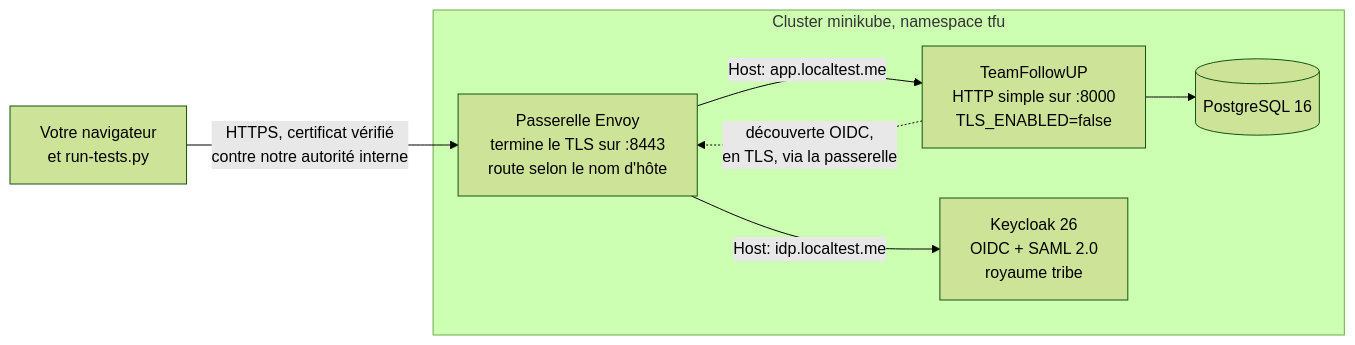
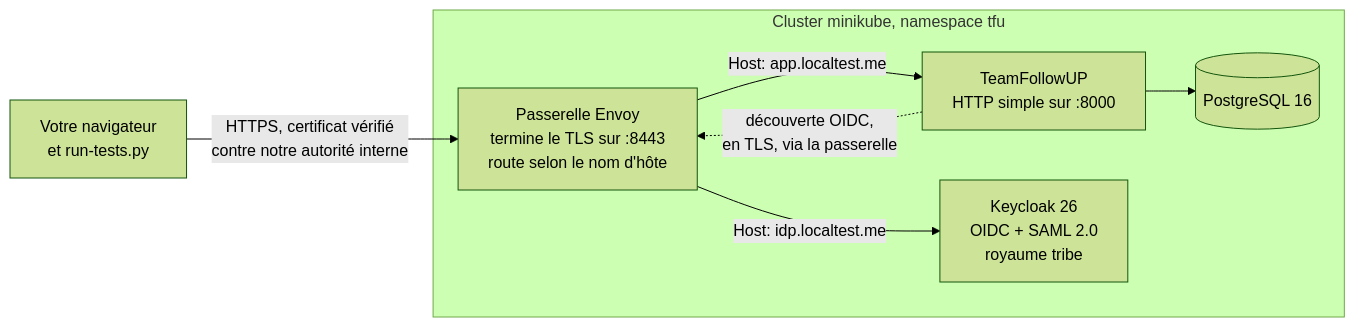
The diagram in docs/16-banc-kubernetes-sso.md (Mehdi-Zar/TeamFollowUP), drawn with Mermaid (forest theme) before and after one commit. The commit also changed other lines of this file and 50 other files, not shown here.

````diff
--- a/docs/16-banc-kubernetes-sso.md
+++ b/docs/16-banc-kubernetes-sso.md
@@ -43,15 +43,15 @@
 ```mermaid
 flowchart LR
   V["Votre navigateur<br/>et run-tests.py"]
   subgraph K["Cluster minikube, namespace tfu"]
     G["Passerelle Envoy<br/>termine le TLS sur :8443<br/>route selon le nom d'hôte"]
-    A["TeamFollowUP<br/>HTTP simple sur :8000<br/>TLS_ENABLED=false"]
+    A["TeamFollowUP<br/>HTTP simple sur :8000"]
     I["Keycloak 26<br/>OIDC + SAML 2.0<br/>royaume tribe"]
     D[("PostgreSQL 16")]
     G -->|"Host: app.localtest.me"| A
     G -->|"Host: idp.localtest.me"| I
     A --> D
   end
   V -->|"HTTPS, certificat vérifié<br/>contre notre autorité interne"| G
   A -.->|"découverte OIDC,<br/>en TLS, via la passerelle"| G
 ```
````
